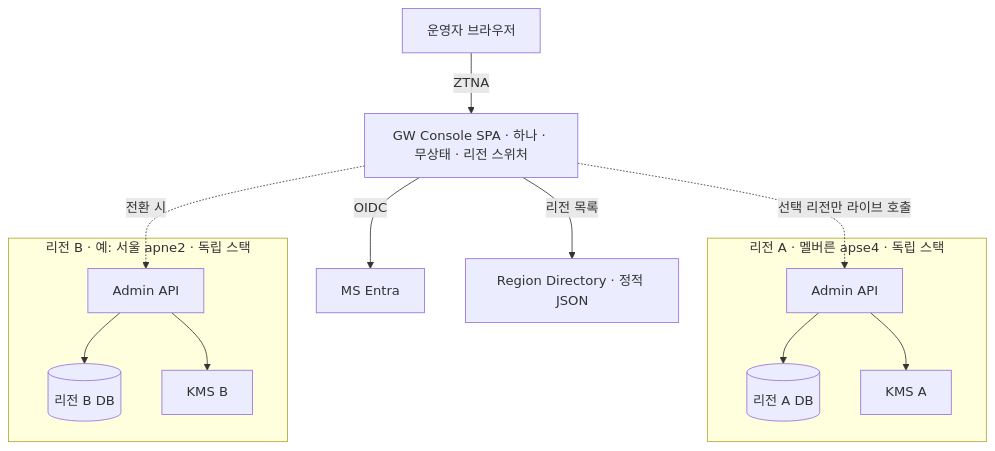
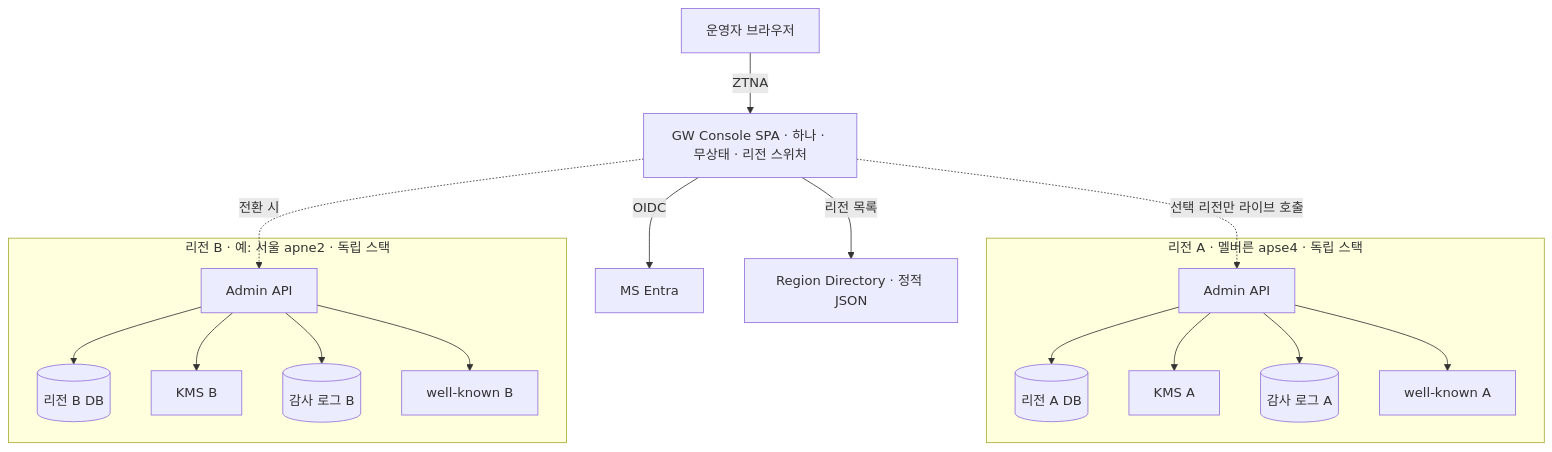
One commit to gracegyu/scp-architecture changed the second of 9 diagrams in docs/VT_API_Gateway/08.VT_API_Gateway/specs/03c-subsrs-gw-console/SRS.md. Above: the diagram before and after it, drawn with Mermaid.

Commit message:
docs: Update SRS documentation for GW Console to include audit logs and well-known endpoints
Enhanced the SRS by adding connections for audit logs and well-known endpoints in both regional stacks. This update aims to improve the clarity of the documentation regarding the interactions between the Admin API and these components, contributing to a more comprehensive understanding of the system architecture.

````diff
--- a/docs/VT_API_Gateway/08.VT_API_Gateway/specs/03c-subsrs-gw-console/SRS.md
+++ b/docs/VT_API_Gateway/08.VT_API_Gateway/specs/03c-subsrs-gw-console/SRS.md
@@ -143,16 +143,20 @@
 ```mermaid
 flowchart TB
   OP["운영자 브라우저"] -->|"ZTNA"| C["GW Console SPA · 하나 · 무상태 · 리전 스위처"]
   C -->|"OIDC"| E["MS Entra"]
   C -->|"리전 목록"| RD["Region Directory · 정적 JSON"]
   C -. "선택 리전만 라이브 호출" .-> A1
   C -. "전환 시" .-> A2
   subgraph R1["리전 A · 멜버른 apse4 · 독립 스택"]
     A1["Admin API"] --> DB1[("리전 A DB")]
     A1 --> K1["KMS A"]
+    A1 --> AUD1[("감사 로그 A")]
+    A1 --> WK1["well-known A"]
   end
   subgraph R2["리전 B · 예: 서울 apne2 · 독립 스택"]
     A2["Admin API"] --> DB2[("리전 B DB")]
     A2 --> K2["KMS B"]
+    A2 --> AUD2[("감사 로그 B")]
+    A2 --> WK2["well-known B"]
   end
 ```
````
